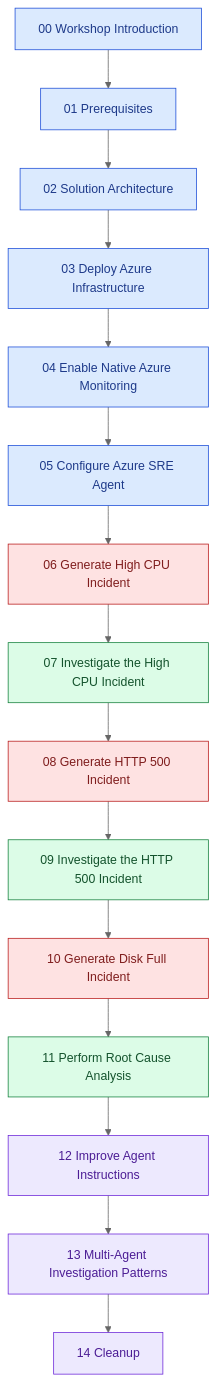
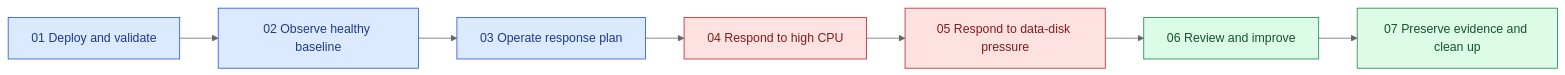
Before and after one commit to charliekw411/sre-agent-workshop: the diagram in docs/index.md, drawn with Mermaid (neutral theme). The commit also changed other lines of this file and 35 other files, not shown here.

Commit message:
docs: rebuild SRE workshop for single VM

````diff
--- a/docs/index.md
+++ b/docs/index.md
@@ -63,27 +55,17 @@
 ```mermaid
-flowchart TD
-    M00[00 Workshop Introduction] --> M01[01 Prerequisites]
-    M01 --> M02[02 Solution Architecture]
-    M02 --> M03[03 Deploy Azure Infrastructure]
-    M03 --> M04[04 Enable Native Azure Monitoring]
-    M04 --> M05[05 Configure Azure SRE Agent]
-    M05 --> M06[06 Generate High CPU Incident]
-    M06 --> M07[07 Investigate the High CPU Incident]
-    M07 --> M08[08 Generate HTTP 500 Incident]
-    M08 --> M09[09 Investigate the HTTP 500 Incident]
-    M09 --> M10[10 Generate Disk Full Incident]
-    M10 --> M11[11 Perform Root Cause Analysis]
-    M11 --> M12[12 Improve Agent Instructions]
-    M12 --> M13[13 Multi-Agent Investigation Patterns]
-    M13 --> M14[14 Cleanup]
+flowchart LR
+    M1[01 Deploy and validate] --> M2[02 Observe healthy baseline]
+    M2 --> M3[03 Operate response plan]
+    M3 --> M4[04 Respond to high CPU]
+    M4 --> M5[05 Respond to data-disk pressure]
+    M5 --> M6[06 Review and improve]
+    M6 --> M7[07 Preserve evidence and clean up]
 
     classDef setup fill:#dbeafe,stroke:#1d4ed8,color:#1e3a8a
     classDef incident fill:#fee2e2,stroke:#b91c1c,color:#7f1d1d
-    classDef investigate fill:#dcfce7,stroke:#15803d,color:#14532d
-    classDef advanced fill:#ede9fe,stroke:#6d28d9,color:#4c1d95
+    classDef learn fill:#dcfce7,stroke:#15803d,color:#14532d
 
-    class M00,M01,M02,M03,M04,M05 setup
-    class M06,M08,M10 incident
-    class M07,M09,M11 investigate
-    class M12,M13,M14 advanced
+    class M1,M2,M3 setup
+    class M4,M5 incident
+    class M6,M7 learn
 ```
````
